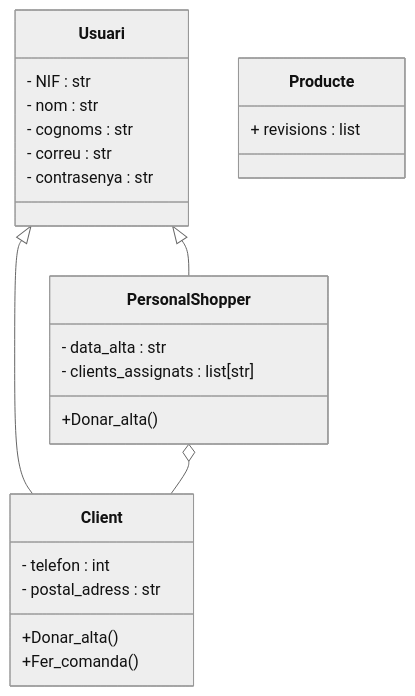
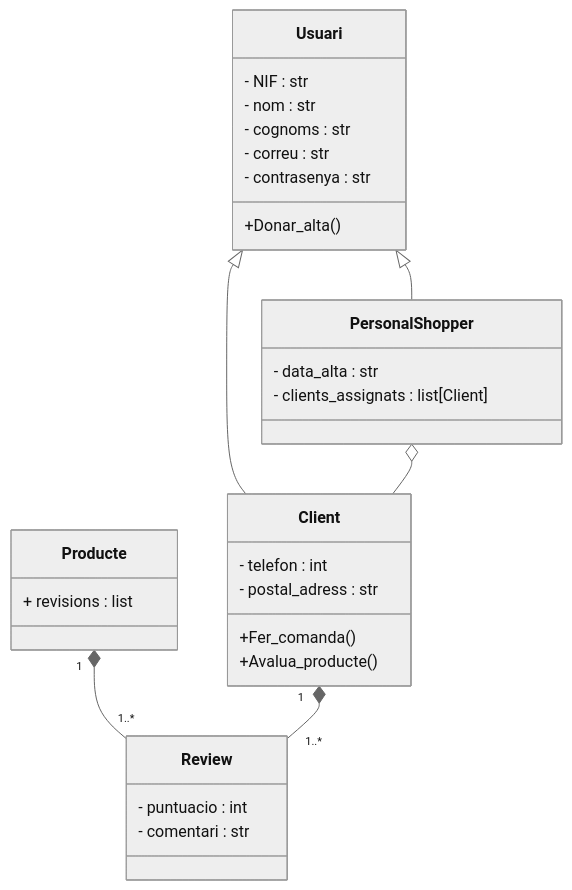
The diagram in Exercici 9/Diagrama_classes_usuaris.mmd (NIU1638962/EP_Projecte), drawn with Mermaid (neutral theme) before and after one commit.

```diff
--- a/Exercici 9/Diagrama_classes_usuaris.mmd
+++ b/Exercici 9/Diagrama_classes_usuaris.mmd
@@ -1,33 +1,38 @@
 ---
 Title: Diagrama classes Usuaris
 ---
 
 classDiagram
     class Usuari {
         - NIF : str
         - nom : str
         - cognoms : str
         - correu : str
         - contrasenya : str
     }
     class Client{
         - telefon : int
         - postal_adress : str
     }
     class PersonalShopper{
         - data_alta : str
-        - clients_assignats : list[str]
+        - clients_assignats : list[Client]
+    }
+    class Review{
+        - puntuacio : int
+        - comentari : str
     }
     %%Canvis de la classe Producte de l'exercici anterior: se li ha afegit l'atribut "revisions"
     class Producte{
         + revisions : list 
     }
     
     Usuari <|-- PersonalShopper
     Usuari <|-- Client
     PersonalShopper o-- Client  
+    Producte "1" *-- "1..*"Review
+    Client "1" *-- "1..*"Review
     
-
-    PersonalShopper: +Donar_alta()
-    Client: +Donar_alta()
+    Usuari: +Donar_alta()
     Client: +Fer_comanda()
+    Client: +Avalua_producte()
```
